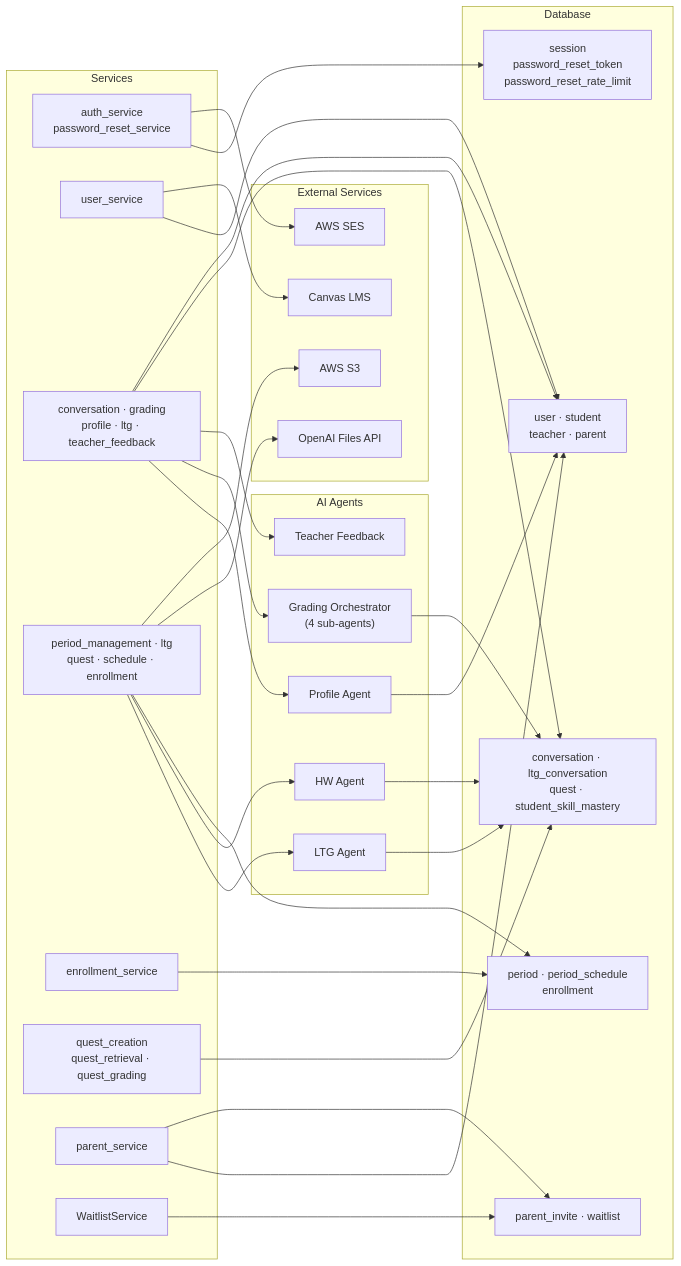
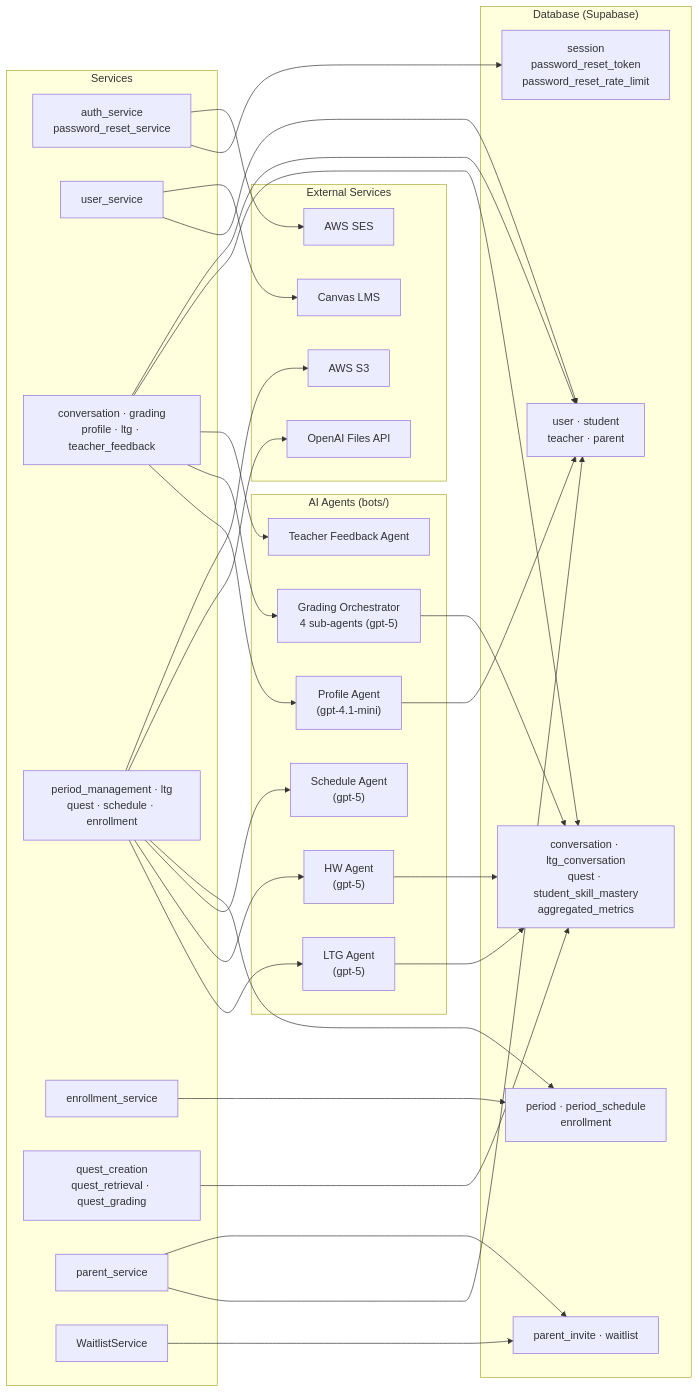
One commit to EduQuest-AI-Inc/eduquest-backend changed the second of 22 diagrams in ARCHITECTURE.md. Above: the diagram before and after it, drawn with Mermaid. The commit also changed other lines of this file, not shown here.

````diff
--- a/ARCHITECTURE.md
+++ b/ARCHITECTURE.md
@@ -30,49 +30,50 @@
 ```mermaid
 graph LR
     subgraph Svc["Services"]
         AuthSvc["auth_service<br/>password_reset_service"]
         UserSvc["user_service"]
         ConvSvc["conversation · grading<br/>profile · ltg · teacher_feedback"]
         PeriodSvc["period_management · ltg<br/>quest · schedule · enrollment"]
         EnrollSvc["enrollment_service"]
         QuestSvc["quest_creation<br/>quest_retrieval · quest_grading"]
         ParentSvc["parent_service"]
         WaitSvc["WaitlistService"]
     end
 
-    subgraph AI["AI Agents"]
-        ProfBot["Profile Agent"]
-        LTGBot["LTG Agent"]
-        HWBot["HW Agent"]
-        GradeBot["Grading Orchestrator<br/>(4 sub-agents)"]
-        TFBot["Teacher Feedback"]
+    subgraph AI["AI Agents (bots/)"]
+        ProfBot["Profile Agent<br/>(gpt-4.1-mini)"]
+        LTGBot["LTG Agent<br/>(gpt-5)"]
+        HWBot["HW Agent<br/>(gpt-5)"]
+        GradeBot["Grading Orchestrator<br/>4 sub-agents (gpt-5)"]
+        SchedBot["Schedule Agent<br/>(gpt-5)"]
+        TFBot["Teacher Feedback Agent"]
     end
 
     subgraph Ext["External Services"]
         S3["AWS S3"]
         SES["AWS SES"]
         Canvas["Canvas LMS"]
         OAI["OpenAI Files API"]
     end
 
-    subgraph DB["Database"]
+    subgraph DB["Database (Supabase)"]
         Auth_t["session<br/>password_reset_token<br/>password_reset_rate_limit"]
         Identity_t["user · student<br/>teacher · parent"]
         Course_t["period · period_schedule<br/>enrollment"]
-        AI_t["conversation · ltg_conversation<br/>quest · student_skill_mastery"]
+        AI_t["conversation · ltg_conversation<br/>quest · student_skill_mastery<br/>aggregated_metrics"]
         Onboard_t["parent_invite · waitlist"]
     end
 
     AuthSvc --> Auth_t & SES
     UserSvc --> Identity_t & Canvas
     ConvSvc --> ProfBot & GradeBot & TFBot
     ConvSvc --> AI_t & Identity_t
-    PeriodSvc --> LTGBot & HWBot
+    PeriodSvc --> LTGBot & HWBot & SchedBot
     PeriodSvc --> Course_t & OAI & S3
     EnrollSvc --> Course_t
     QuestSvc --> AI_t
     ParentSvc --> Identity_t & Onboard_t
     WaitSvc --> Onboard_t
     ProfBot --> Identity_t
     LTGBot & HWBot & GradeBot --> AI_t
 ```
````
